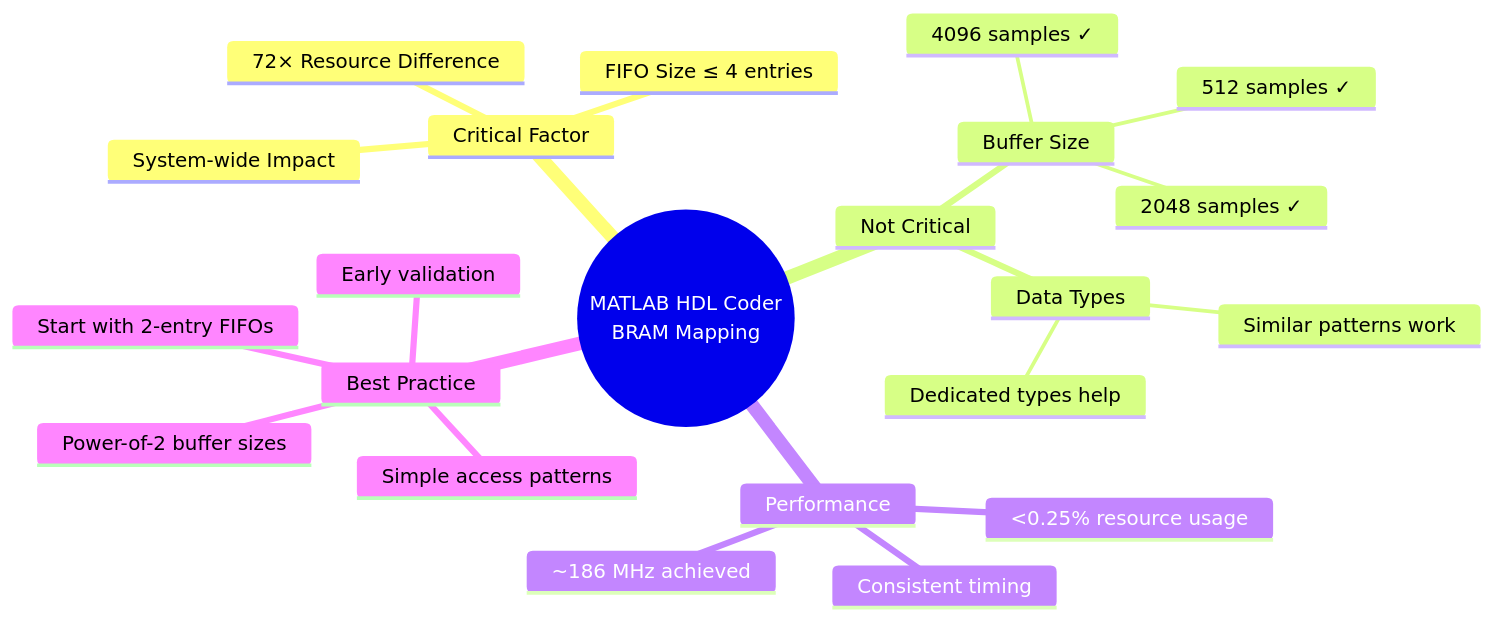
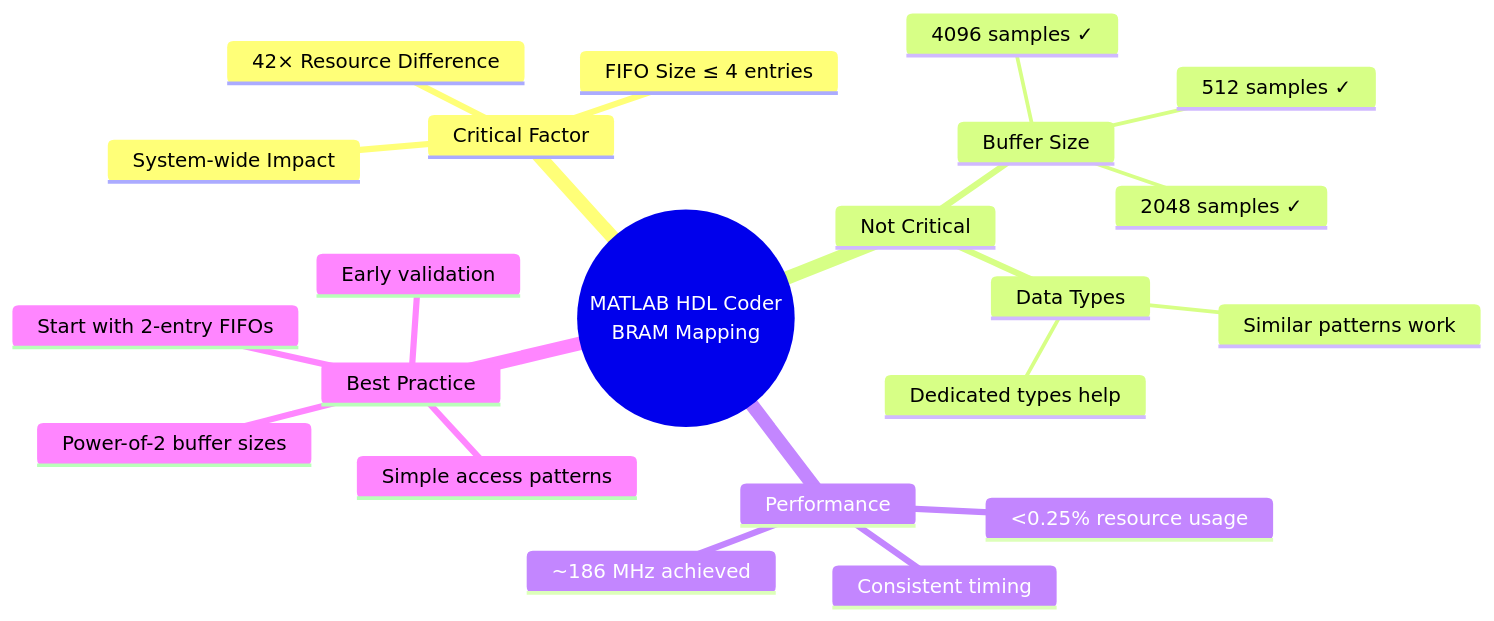
Diagram 15 of 16 in README.md (rockyco/extractSSBsig), drawn with Mermaid before and after one commit. The commit also changed other lines of this file, not shown here.

````diff
--- a/README.md
+++ b/README.md
@@ -894,28 +894,28 @@
 ```mermaid
 mindmap
   root((MATLAB HDL Coder<br/>BRAM Mapping))
     Critical Factor
       FIFO Size ≤ 4 entries
       System-wide Impact
-      72× Resource Difference
+      42× Resource Difference
     
     Not Critical
       Buffer Size
         512 samples ✓
         2048 samples ✓ 
         4096 samples ✓
       Data Types
         Similar patterns work
         Dedicated types help
     
     Performance
       ~186 MHz achieved
       Consistent timing
       <0.25% resource usage
     
     Best Practice
       Start with 2-entry FIFOs
       Power-of-2 buffer sizes
       Simple access patterns
       Early validation
 ```
````
